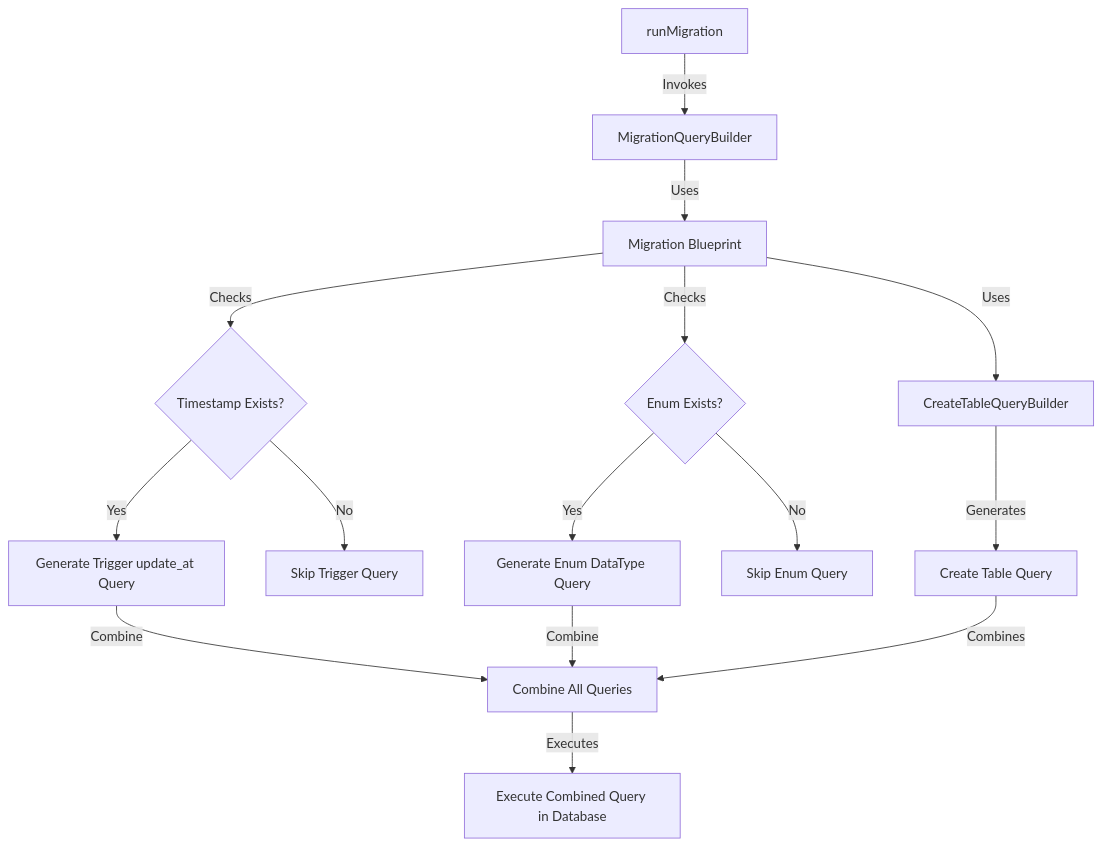
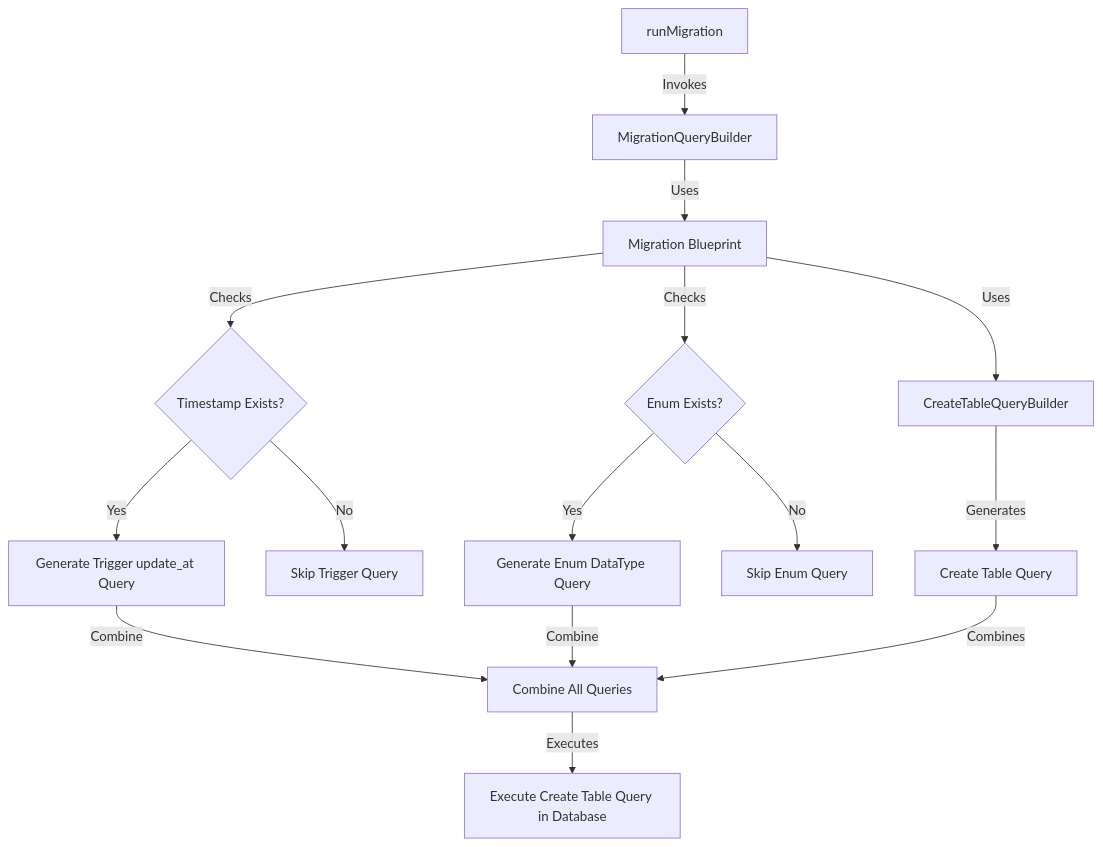
The diagram in README.md (djancool016/dwi-express-orm), drawn with Mermaid before and after one commit. The commit also changed other lines of this file, not shown here.

````diff
--- a/README.md
+++ b/README.md
@@ -49,17 +50,17 @@
 ```mermaid
 graph TD
     A[runMigration] -->|Invokes| B[MigrationQueryBuilder]
     B -->|Uses| C[Migration Blueprint]
     C -->|Checks| D{Timestamp Exists?}
     D -->|Yes| E[Generate Trigger update_at Query]
     D -->|No| H[Skip Trigger Query]
     C -->|Checks| I{Enum Exists?}
     I -->|Yes| J[Generate Enum DataType Query]
     I -->|No| K[Skip Enum Query]
     C -->|Uses| L[CreateTableQueryBuilder]
     L -->|Generates| M[Create Table Query]
     E --> |Combine|N
     J --> |Combine|N
     M -->|Combines| N[Combine All Queries]
-    N -->|Executes| O[Execute Combined Query in Database]
+    N -->|Executes| O[Execute Create Table Query in Database]
 ```
````
